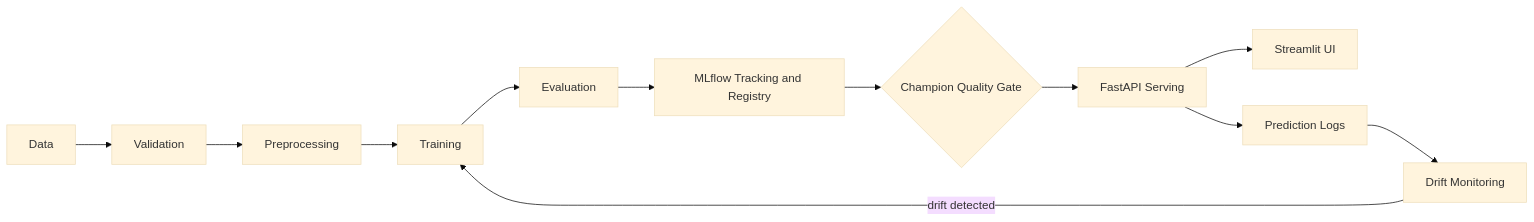
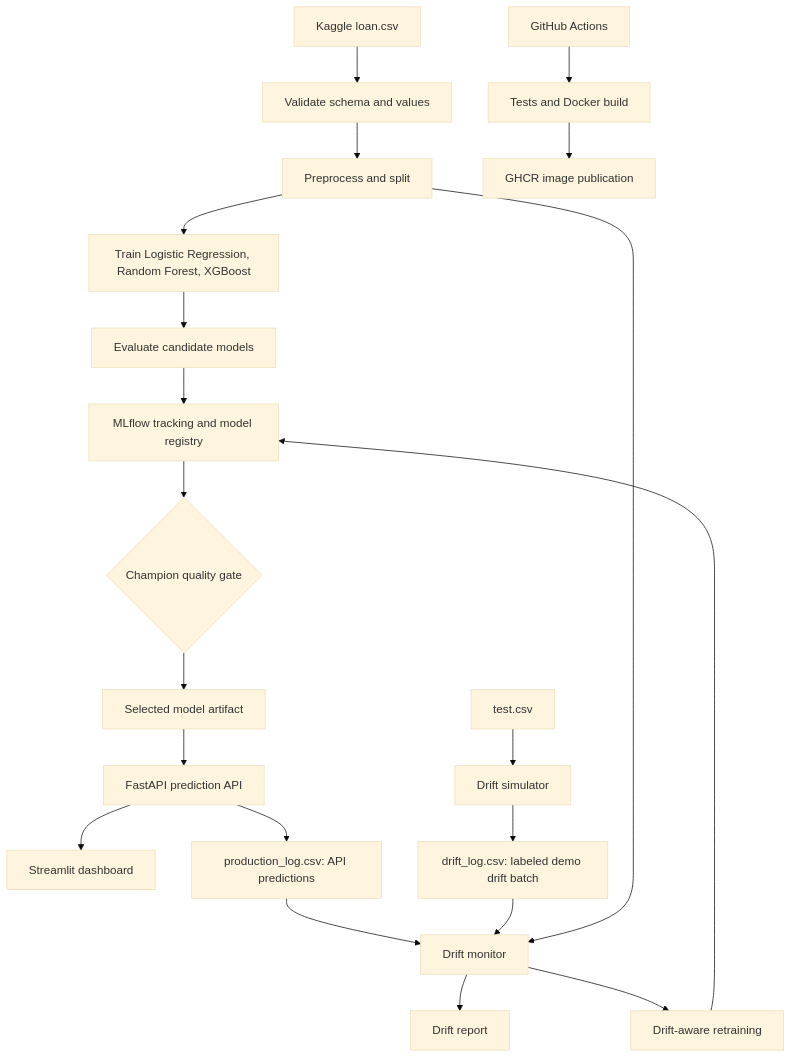
The first of 2 diagrams in README.md (Anchal-jpg/loanops_), drawn with Mermaid (base theme) before and after one commit. The commit also changed other lines of this file and 2 other files, not shown here.

````diff
--- a/README.md
+++ b/README.md
@@ -34,9 +105,23 @@
 ```mermaid
-flowchart LR
-    A[Data] --> B[Validation] --> C[Preprocessing] --> D[Training]
-    D --> E[Evaluation] --> F[MLflow Tracking and Registry]
-    F --> G{Champion Quality Gate} --> H[FastAPI Serving]
-    H --> I[Streamlit UI]
-    H --> J[Prediction Logs] --> K[Drift Monitoring]
-    K -->|drift detected| D
+flowchart TD
+    A[Kaggle loan.csv] --> B[Validate schema and values]
+    B --> C[Preprocess and split]
+    C --> D[Train Logistic Regression, Random Forest, XGBoost]
+    D --> E[Evaluate candidate models]
+    E --> F[MLflow tracking and model registry]
+    F --> G{Champion quality gate}
+    G --> H[Selected model artifact]
+    H --> I[FastAPI prediction API]
+    I --> J[Streamlit dashboard]
+    I --> K[production_log.csv: API predictions]
+    L[test.csv] --> M[Drift simulator]
+    M --> N[drift_log.csv: labeled demo drift batch]
+    K --> O[Drift monitor]
+    N --> O
+    C --> O
+    O --> P[Drift report]
+    O --> Q[Drift-aware retraining]
+    Q --> F
+    R[GitHub Actions] --> S[Tests and Docker build]
+    S --> T[GHCR image publication]
 ```
````
